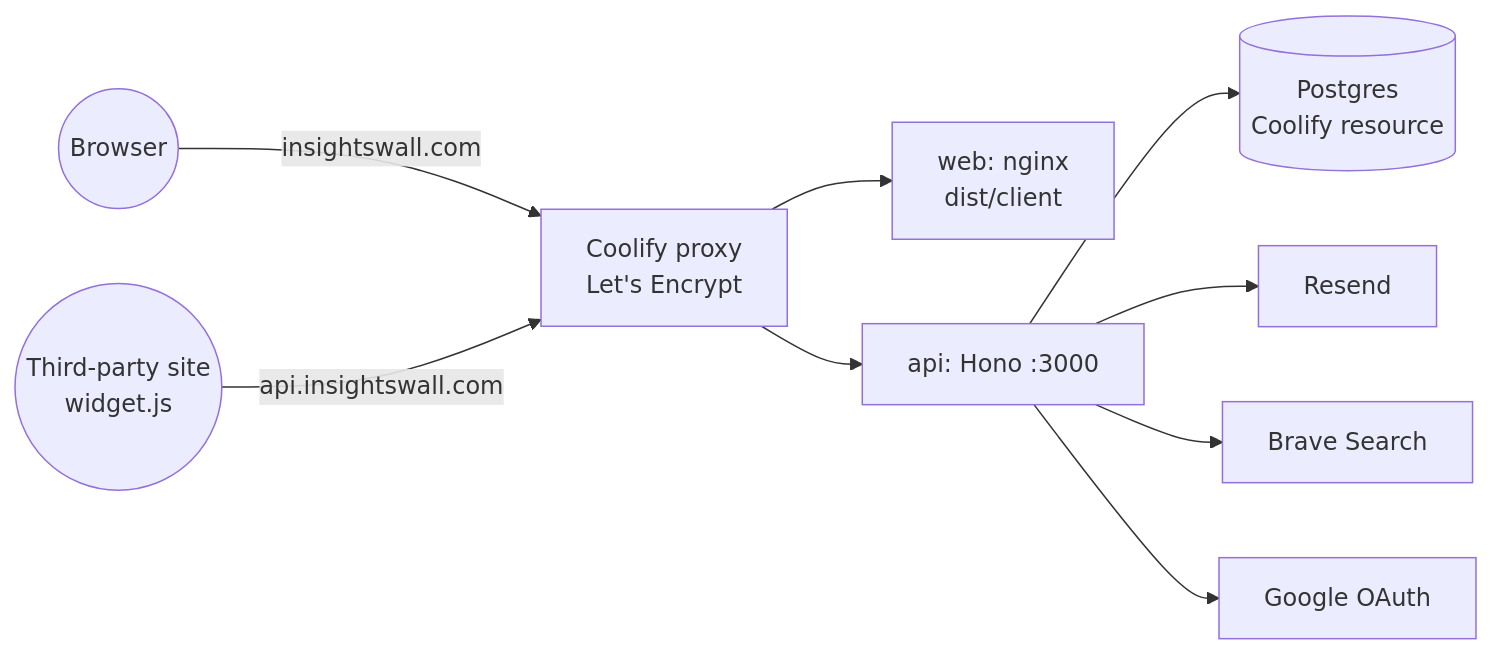
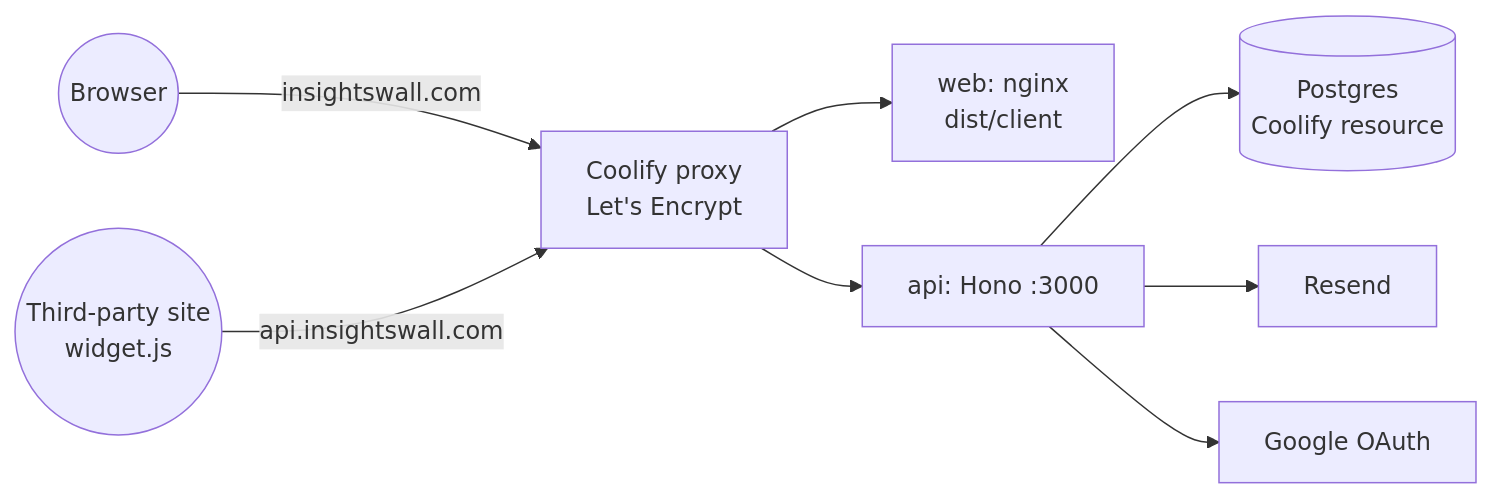
The first of 2 diagrams in docs/coolify-migration.md (xcanchal/insightswall), drawn with Mermaid before and after one commit. The commit also changed other lines of this file and 3 other files, not shown here.

````diff
--- a/docs/coolify-migration.md
+++ b/docs/coolify-migration.md
@@ -14,11 +14,10 @@
 ```mermaid
 flowchart LR
   User((Browser)) -->|insightswall.com| Proxy[Coolify proxy<br/>Let's Encrypt]
   Widget((Third-party site<br/>widget.js)) -->|api.insightswall.com| Proxy
   Proxy --> Web[web: nginx<br/>dist/client]
   Proxy --> API[api: Hono :3000]
   API --> DB[(Postgres<br/>Coolify resource)]
   API --> Resend[Resend]
-  API --> Brave[Brave Search]
   API --> Google[Google OAuth]
 ```
````
